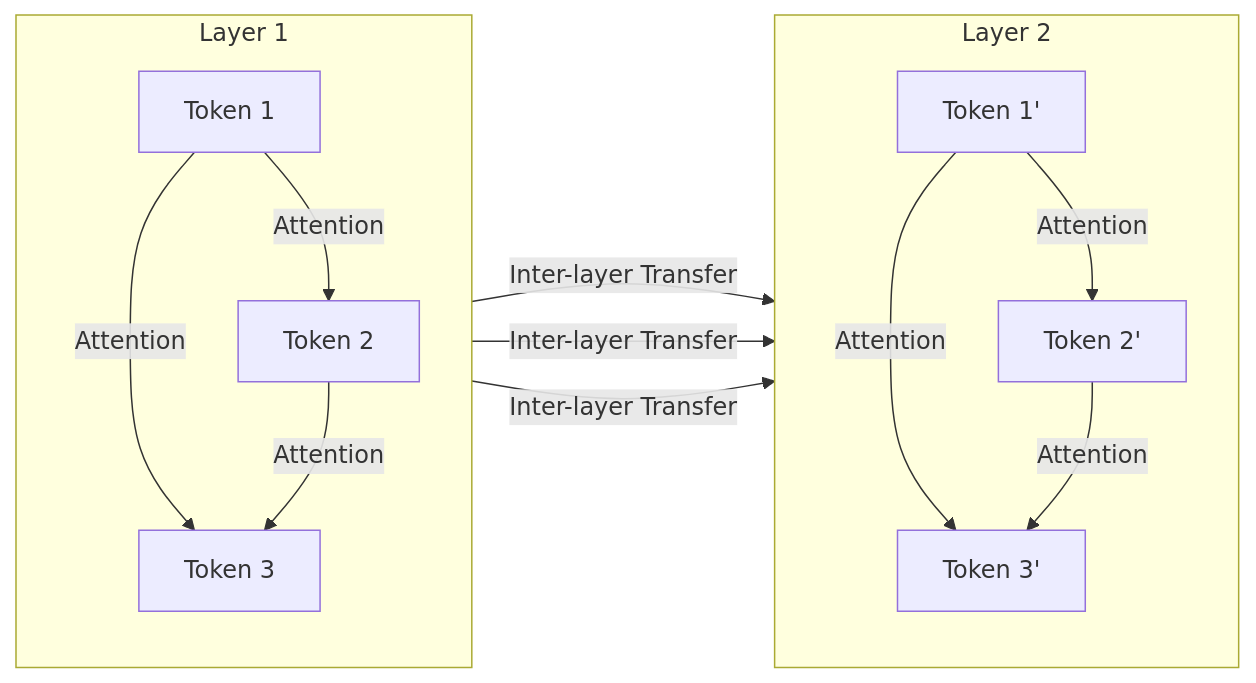
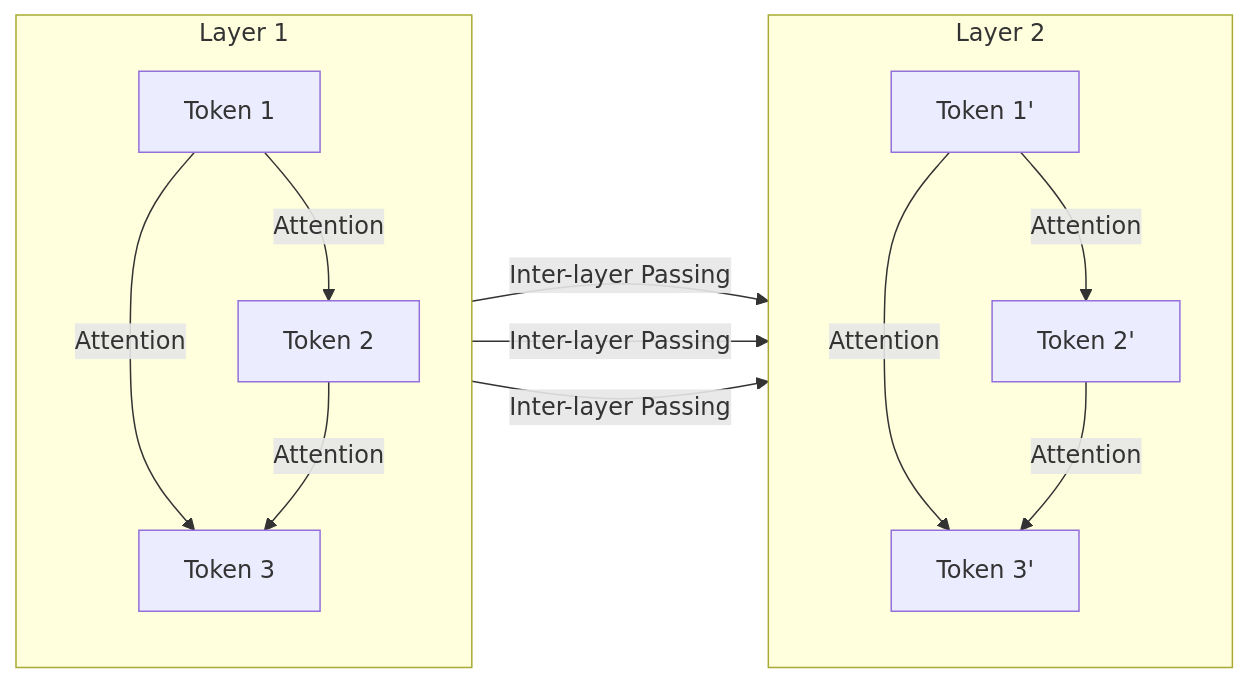
The fourth of 4 diagrams in parts/part1_principles.md (Random-Liu/llm-inference-principle-to-production), drawn with Mermaid before and after one commit. The commit also changed other lines of this file, not shown here.

````diff
--- a/parts/part1_principles.md
+++ b/parts/part1_principles.md
@@ -303,28 +352,28 @@
 ```mermaid
 graph LR
     subgraph Layer1 ["Layer 1"]
         direction TB
         L1_T1["Token 1"]
         L1_T2["Token 2"]
         L1_T3["Token 3"]
         
         L1_T1 -->|Attention| L1_T2
         L1_T1 -->|Attention| L1_T3
         L1_T2 -->|Attention| L1_T3
     end
 
     subgraph Layer2 ["Layer 2"]
         direction TB
         L2_T1["Token 1'"]
         L2_T2["Token 2'"]
         L2_T3["Token 3'"]
         
         L2_T1 -->|Attention| L2_T2
         L2_T1 -->|Attention| L2_T3
         L2_T2 -->|Attention| L2_T3
     end
 
-    L1_T1 -->|Inter-layer Transfer| L2_T1
-    L1_T2 -->|Inter-layer Transfer| L2_T2
-    L1_T3 -->|Inter-layer Transfer| L2_T3
+    L1_T1 -->|Inter-layer Passing| L2_T1
+    L1_T2 -->|Inter-layer Passing| L2_T2
+    L1_T3 -->|Inter-layer Passing| L2_T3
 ```
````
